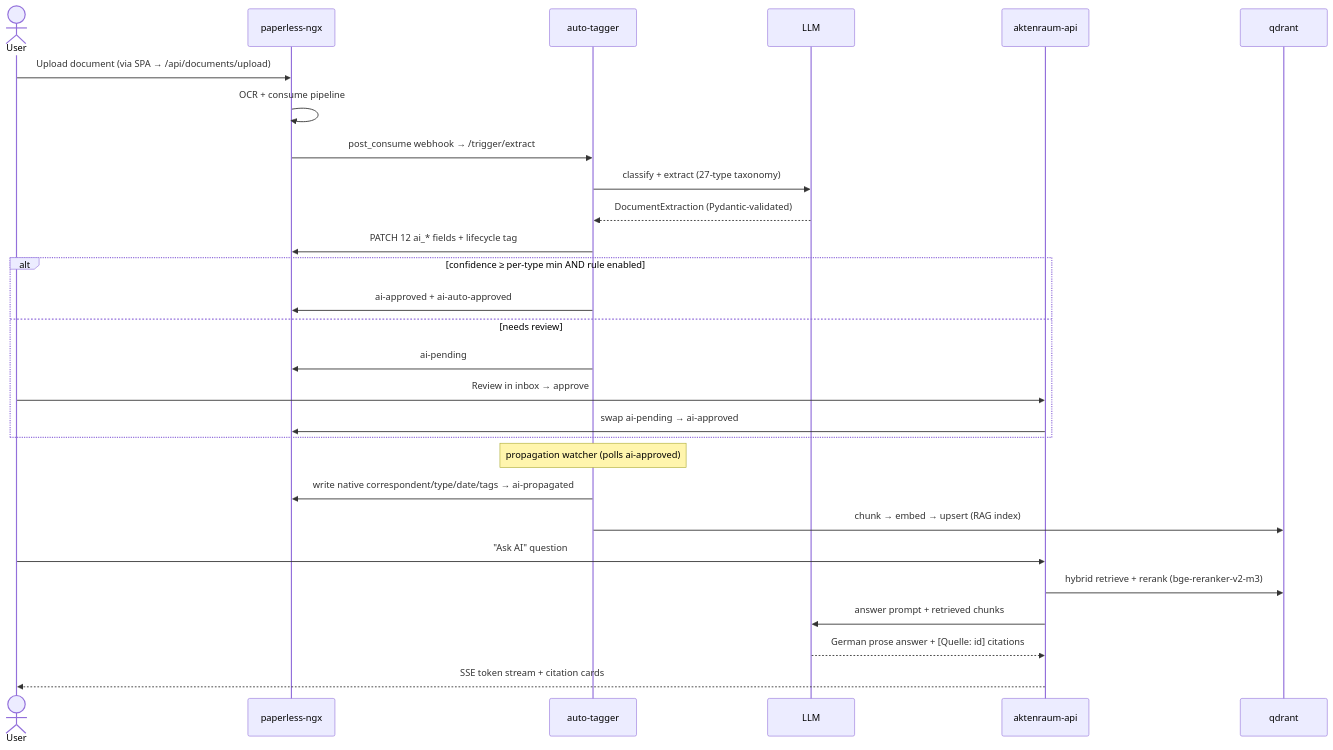
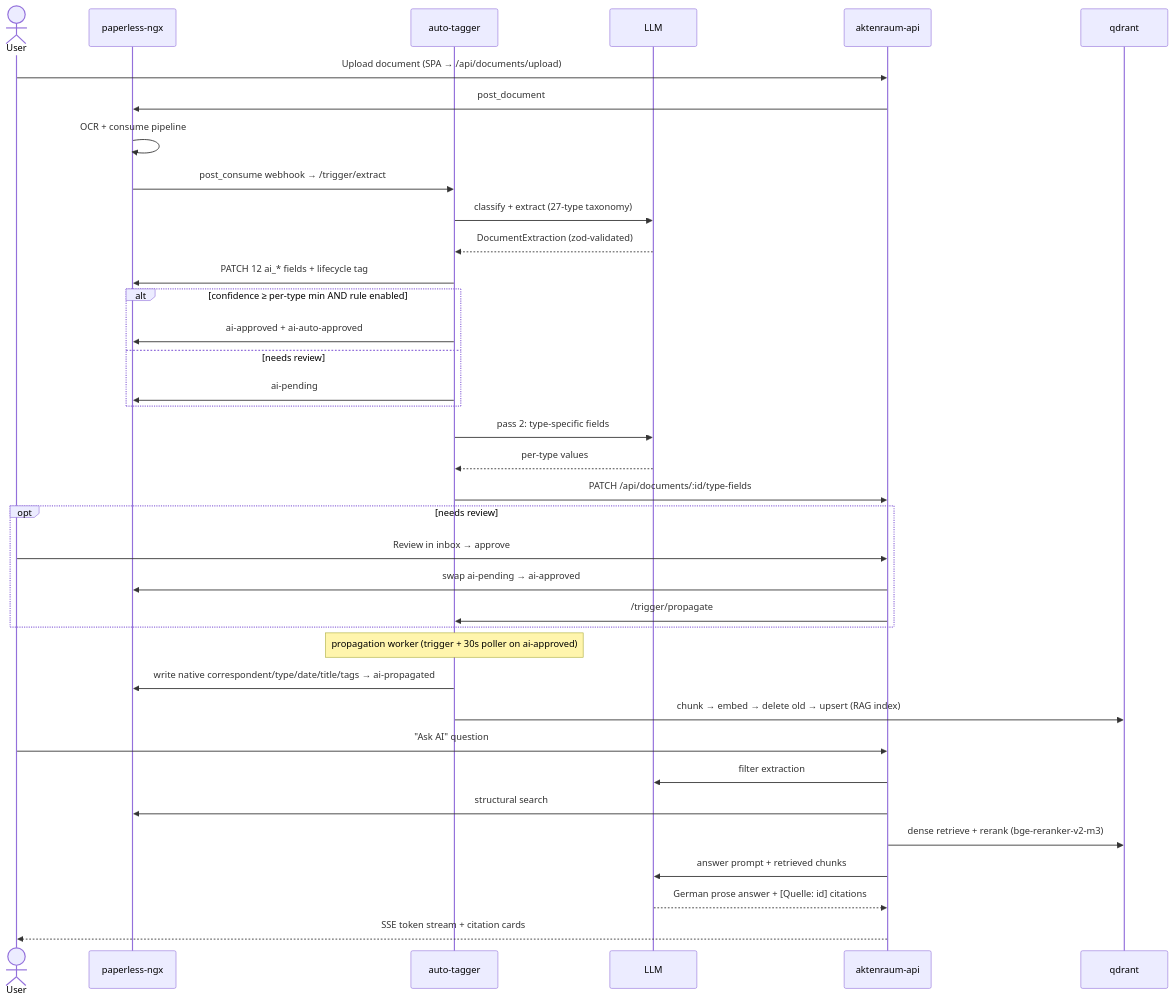
One commit to aram877/aktenraum changed the second of 7 diagrams in docs/architecture-diagram.md. Above: the diagram before and after it, drawn with Mermaid. The commit also changed other lines of this file and 23 other files, not shown here.

````diff
--- a/docs/architecture-diagram.md
+++ b/docs/architecture-diagram.md
@@ -68,34 +68,45 @@
 ```mermaid
 sequenceDiagram
     actor U as User
     participant P as paperless-ngx
     participant T as auto-tagger
     participant L as LLM
     participant API as aktenraum-api
     participant Q as qdrant
 
-    U->>P: Upload document (via SPA → /api/documents/upload)
+    U->>API: Upload document (SPA → /api/documents/upload)
+    API->>P: post_document
     P->>P: OCR + consume pipeline
     P->>T: post_consume webhook → /trigger/extract
     T->>L: classify + extract (27-type taxonomy)
-    L-->>T: DocumentExtraction (Pydantic-validated)
+    L-->>T: DocumentExtraction (zod-validated)
     T->>P: PATCH 12 ai_* fields + lifecycle tag
 
     alt confidence ≥ per-type min AND rule enabled
         T->>P: ai-approved + ai-auto-approved
     else needs review
         T->>P: ai-pending
+    end
+
+    T->>L: pass 2: type-specific fields
+    L-->>T: per-type values
+    T->>API: PATCH /api/documents/:id/type-fields
+
+    opt needs review
         U->>API: Review in inbox → approve
         API->>P: swap ai-pending → ai-approved
+        API->>T: /trigger/propagate
     end
 
-    Note over T: propagation watcher (polls ai-approved)
-    T->>P: write native correspondent/type/date/tags → ai-propagated
-    T->>Q: chunk → embed → upsert (RAG index)
+    Note over T: propagation worker (trigger + 30s poller on ai-approved)
+    T->>P: write native correspondent/type/date/title/tags → ai-propagated
+    T->>Q: chunk → embed → delete old → upsert (RAG index)
 
     U->>API: "Ask AI" question
-    API->>Q: hybrid retrieve + rerank (bge-reranker-v2-m3)
+    API->>L: filter extraction
+    API->>P: structural search
+    API->>Q: dense retrieve + rerank (bge-reranker-v2-m3)
     API->>L: answer prompt + retrieved chunks
     L-->>API: German prose answer + [Quelle: id] citations
     API-->>U: SSE token stream + citation cards
 ```
````
